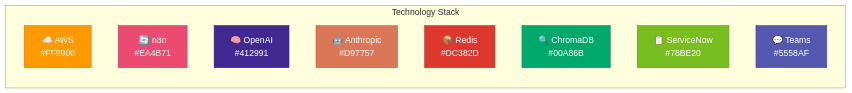
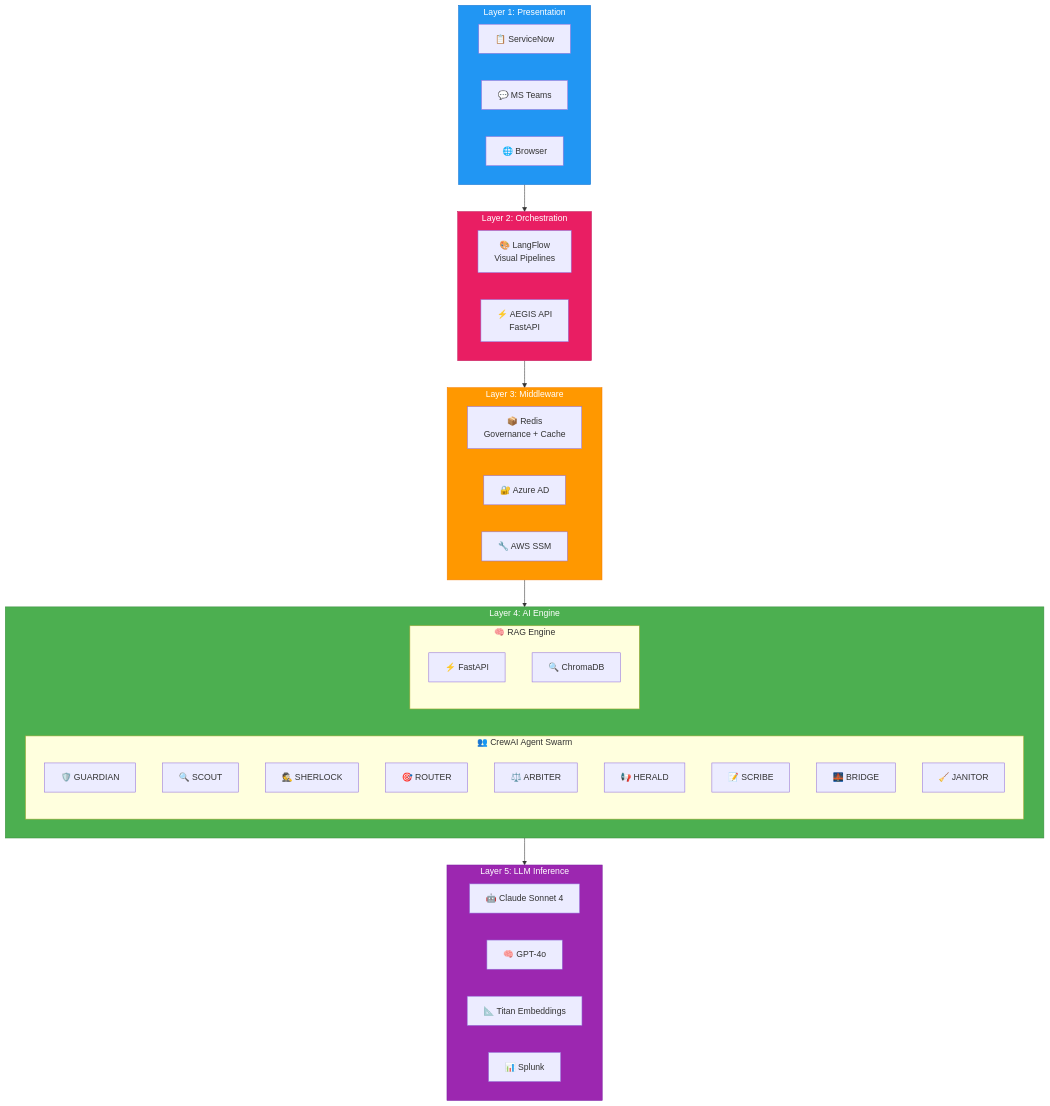
The second of 7 diagrams in docs/architecture-diagrams.md (maniltns/AEGIS), drawn with Mermaid before and after one commit. The commit also changed other lines of this file and 17 other files, not shown here.

Commit message:
feat: Implement AEGIS API with agent-based incident processing, governance, and associated tools and documentation.

````diff
--- a/docs/architecture-diagrams.md
+++ b/docs/architecture-diagrams.md
@@ -328,22 +76,53 @@
 ```mermaid
-graph LR
-    subgraph BRANDS["Technology Stack"]
-        AWS_B["☁️ AWS<br/>#FF9900"]
-        N8N_B["🔄 n8n<br/>#EA4B71"]
-        OPENAI_B["🧠 OpenAI<br/>#412991"]
-        ANTHROPIC_B["🤖 Anthropic<br/>#D97757"]
-        REDIS_B["📦 Redis<br/>#DC382D"]
-        CHROMA_B["🔍 ChromaDB<br/>#00A86B"]
-        SNOW_B["📋 ServiceNow<br/>#78BE20"]
-        TEAMS_B["💬 Teams<br/>#5558AF"]
+graph TB
+    subgraph L5["Layer 5: LLM Inference"]
+        CLAUDE["🤖 Claude Sonnet 4"]
+        GPT4["🧠 GPT-4o"]
+        TITAN["📐 Titan Embeddings"]
+        SPLUNK["📊 Splunk"]
     end
     
-    style AWS_B fill:#FF9900,stroke:#cc7a00,color:#fff
-    style N8N_B fill:#EA4B71,stroke:#c23a5a,color:#fff
-    style OPENAI_B fill:#412991,stroke:#31206d,color:#fff
-    style ANTHROPIC_B fill:#D97757,stroke:#b85f42,color:#fff
-    style REDIS_B fill:#DC382D,stroke:#b32d24,color:#fff
-    style CHROMA_B fill:#00A86B,stroke:#008555,color:#fff
-    style SNOW_B fill:#78BE20,stroke:#5a9216,color:#fff
-    style TEAMS_B fill:#5558AF,stroke:#40428a,color:#fff
+    subgraph L4["Layer 4: AI Engine"]
+        subgraph CREW["👥 CrewAI Agent Swarm"]
+            G["🛡️ GUARDIAN"]
+            SC["🔍 SCOUT"]
+            SH["🕵️ SHERLOCK"]
+            R["🎯 ROUTER"]
+            A["⚖️ ARBITER"]
+            H["📢 HERALD"]
+            SCR["📝 SCRIBE"]
+            B["🌉 BRIDGE"]
+            J["🧹 JANITOR"]
+        end
+        
+        subgraph RAG["🧠 RAG Engine"]
+            FAPI["⚡ FastAPI"]
+            CHROMA["🔍 ChromaDB"]
+        end
+    end
+    
+    subgraph L3["Layer 3: Middleware"]
+        REDIS["📦 Redis<br/>Governance + Cache"]
+        AAD["🔐 Azure AD"]
+        SSM["🔧 AWS SSM"]
+    end
+    
+    subgraph L2["Layer 2: Orchestration"]
+        LFLOW["🎨 LangFlow<br/>Visual Pipelines"]
+        API["⚡ AEGIS API<br/>FastAPI"]
+    end
+    
+    subgraph L1["Layer 1: Presentation"]
+        SNOW["📋 ServiceNow"]
+        TEAMS["💬 MS Teams"]
+        WEB["🌐 Browser"]
+    end
+    
+    L1 --> L2 --> L3 --> L4 --> L5
+    
+    style L5 fill:#9c27b0,stroke:#7b1fa2,color:#fff
+    style L4 fill:#4caf50,stroke:#388e3c,color:#fff
+    style L3 fill:#ff9800,stroke:#f57c00,color:#fff
+    style L2 fill:#e91e63,stroke:#c2185b,color:#fff
+    style L1 fill:#2196f3,stroke:#1976d2,color:#fff
 ```
````
